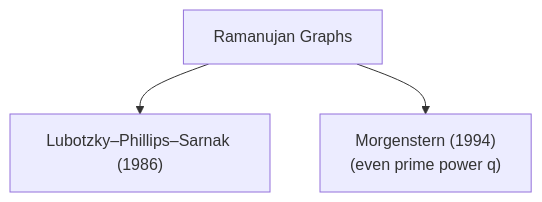
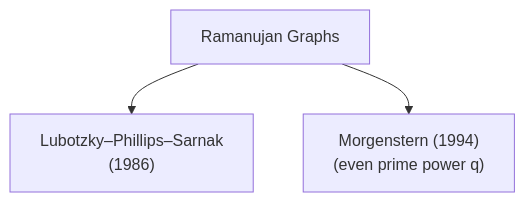
Before and after one commit to QuantumSavory/QuantumExpanders.jl: the second of 2 diagrams in README.md, drawn with Mermaid.

Commit message:
Modify flowchart label for Lubotzky–Phillips–Sarnak
Updated the flowchart to include HTML line break in the label.

````diff
--- a/README.md
+++ b/README.md
@@ -61,6 +61,6 @@
 ```mermaid
 flowchart TB
     A["Ramanujan Graphs"]
-    A --> B["Lubotzky–Phillips–Sarnak (1986)"]
+    A --> B["Lubotzky–Phillips–Sarnak <br>(1986)"]
     A --> C["Morgenstern (1994)<br/>(even prime power q)"]
 ```
````
